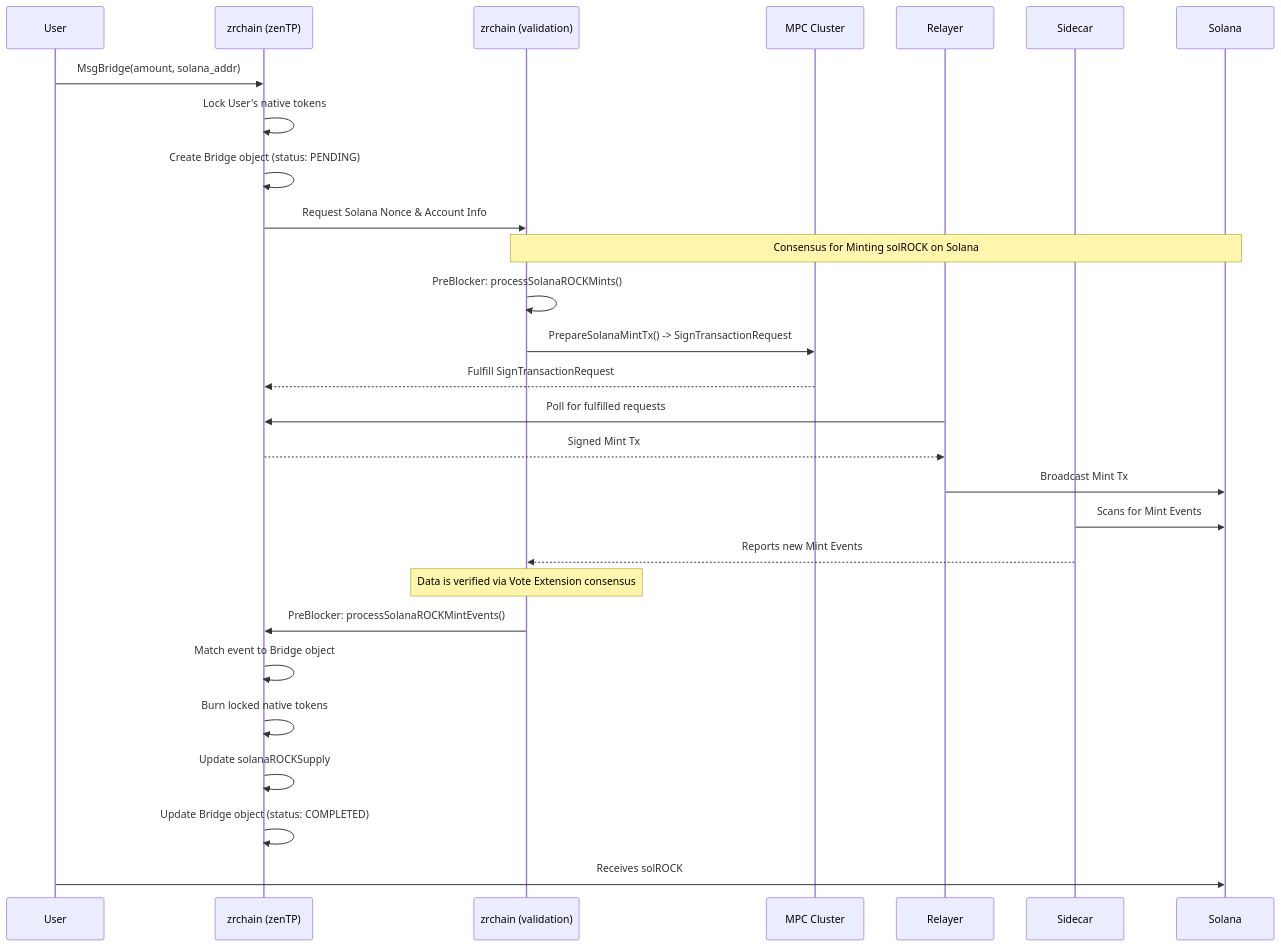
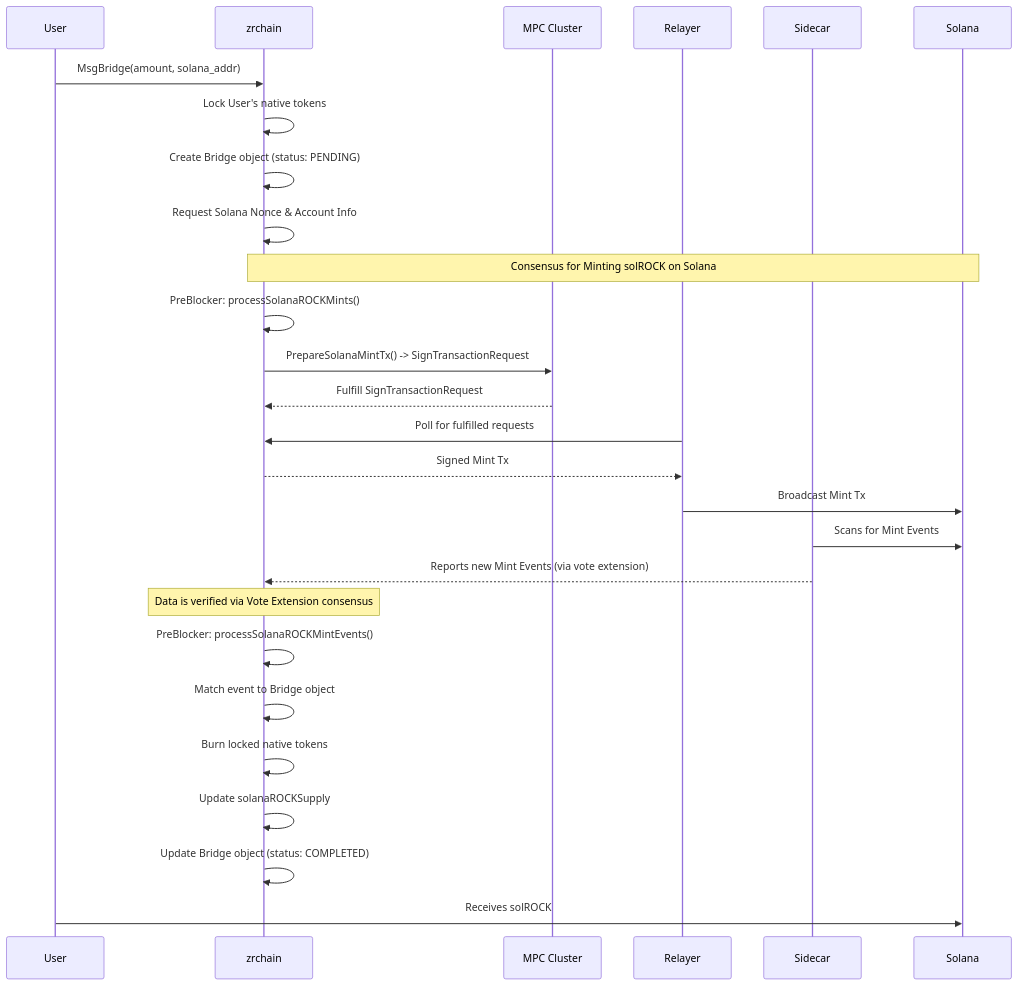
Before and after one commit to zenrocklabs/zrchain: the third of 4 diagrams in docs/README.md, drawn with Mermaid. The commit also changed other lines of this file, not shown here.

````diff
--- a/docs/README.md
+++ b/docs/README.md
@@ -170,33 +171,32 @@
 ```mermaid
 sequenceDiagram
     participant User
-    participant zrchain as zrchain (zenTP)
-    participant zrchain_val as zrchain (validation)
+    participant zrchain
     participant MPC Cluster
     participant Relayer
     participant Sidecar
     participant Solana
 
     User->>zrchain: MsgBridge(amount, solana_addr)
     zrchain->>zrchain: Lock User's native tokens
     zrchain->>zrchain: Create Bridge object (status: PENDING)
-    zrchain->>zrchain_val: Request Solana Nonce & Account Info
+    zrchain->>zrchain: Request Solana Nonce & Account Info
 
-    Note over zrchain_val,Solana: Consensus for Minting solROCK on Solana
-    zrchain_val->>zrchain_val: PreBlocker: processSolanaROCKMints()
-    zrchain_val->>MPC Cluster: PrepareSolanaMintTx() -> SignTransactionRequest
+    Note over zrchain,Solana: Consensus for Minting solROCK on Solana
+    zrchain->>zrchain: PreBlocker: processSolanaROCKMints()
+    zrchain->>MPC Cluster: PrepareSolanaMintTx() -> SignTransactionRequest
     MPC Cluster-->>zrchain: Fulfill SignTransactionRequest
     Relayer->>zrchain: Poll for fulfilled requests
     zrchain-->>Relayer: Signed Mint Tx
     Relayer->>Solana: Broadcast Mint Tx
 
     Sidecar->>Solana: Scans for Mint Events
-    Sidecar-->>zrchain_val: Reports new Mint Events
-    Note over zrchain_val: Data is verified via Vote Extension consensus
-    zrchain_val->>zrchain: PreBlocker: processSolanaROCKMintEvents()
+    Sidecar-->>zrchain: Reports new Mint Events (via vote extension)
+    Note over zrchain: Data is verified via Vote Extension consensus
+    zrchain->>zrchain: PreBlocker: processSolanaROCKMintEvents()
     zrchain->>zrchain: Match event to Bridge object
     zrchain->>zrchain: Burn locked native tokens
     zrchain->>zrchain: Update solanaROCKSupply
     zrchain->>zrchain: Update Bridge object (status: COMPLETED)
     User->>Solana: Receives solROCK
 ```
````
